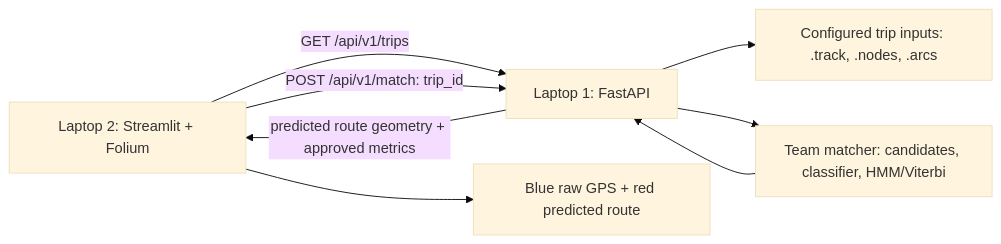
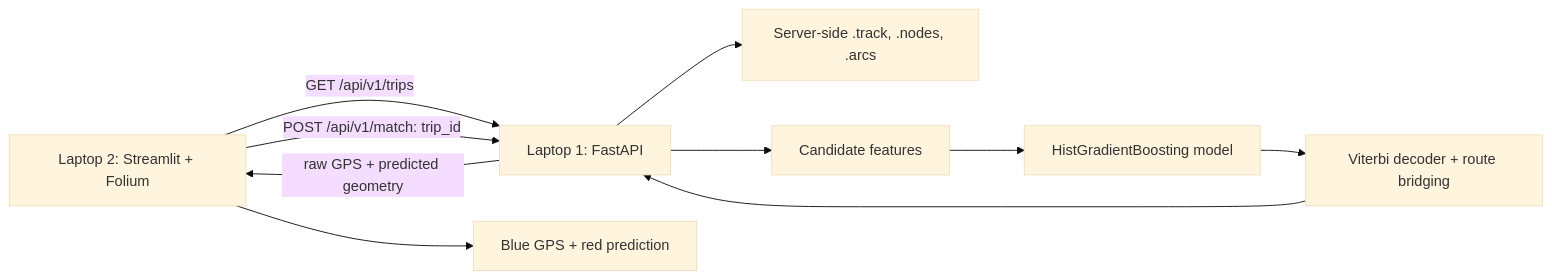
Before and after one commit to victus-lol/ml_hackathon: the diagram in CONTEXT FILES/4 - L2 - AARYAN/REPORT_SECTION_6_DRAFT.md, drawn with Mermaid (base theme). The commit also changed other lines of this file and 24 other files, not shown here.

````diff
--- a/CONTEXT FILES/4 - L2 - AARYAN/REPORT_SECTION_6_DRAFT.md
+++ b/CONTEXT FILES/4 - L2 - AARYAN/REPORT_SECTION_6_DRAFT.md
@@ -7,10 +7,12 @@
 ```mermaid
 flowchart LR
     UI["Laptop 2: Streamlit + Folium"] -->|"GET /api/v1/trips"| API["Laptop 1: FastAPI"]
     UI -->|"POST /api/v1/match: trip_id"| API
-    API --> STORE["Configured trip inputs: .track, .nodes, .arcs"]
-    API --> ENGINE["Team matcher: candidates, classifier, HMM/Viterbi"]
-    ENGINE --> API
-    API -->|"predicted route geometry + approved metrics"| UI
-    UI --> MAP["Blue raw GPS + red predicted route"]
+    API --> INPUTS["Server-side .track, .nodes, .arcs"]
+    API --> FEATURES["Candidate features"]
+    FEATURES --> MODEL["HistGradientBoosting model"]
+    MODEL --> HMM["Viterbi decoder + route bridging"]
+    HMM --> API
+    API -->|"raw GPS + predicted geometry"| UI
+    UI --> MAP["Blue GPS + red prediction"]
 ```
````
